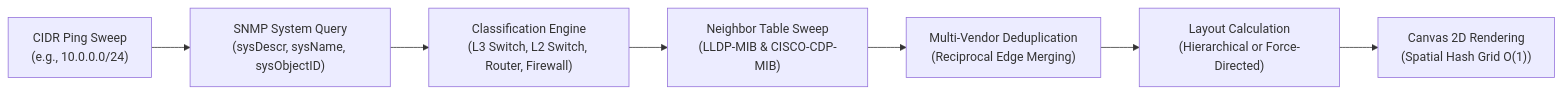
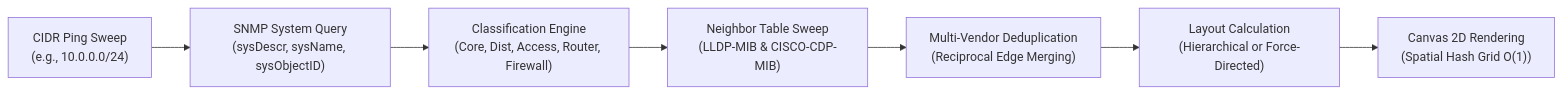
The diagram in README.md (Tannyzazanaja/NetMonitor), drawn with Mermaid before and after one commit. The commit also changed other lines of this file and 29 other files, not shown here.

````diff
--- a/README.md
+++ b/README.md
@@ -376,9 +210,9 @@
 ```mermaid
 flowchart LR
     A["CIDR Ping Sweep<br/>(e.g., 10.0.0.0/24)"] --> B["SNMP System Query<br/>(sysDescr, sysName, sysObjectID)"]
-    B --> C["Classification Engine<br/>(L3 Switch, L2 Switch, Router, Firewall)"]
+    B --> C["Classification Engine<br/>(Core, Dist, Access, Router, Firewall)"]
     C --> D["Neighbor Table Sweep<br/>(LLDP-MIB & CISCO-CDP-MIB)"]
     D --> E["Multi-Vendor Deduplication<br/>(Reciprocal Edge Merging)"]
     E --> F["Layout Calculation<br/>(Hierarchical or Force-Directed)"]
     F --> G["Canvas 2D Rendering<br/>(Spatial Hash Grid O(1))"]
 ```
````
